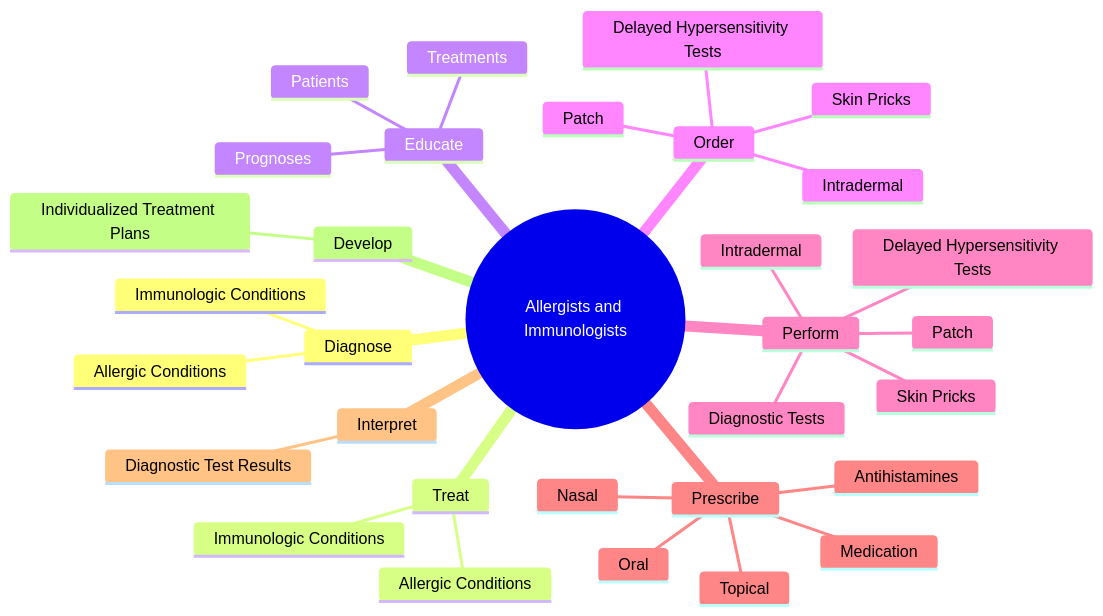
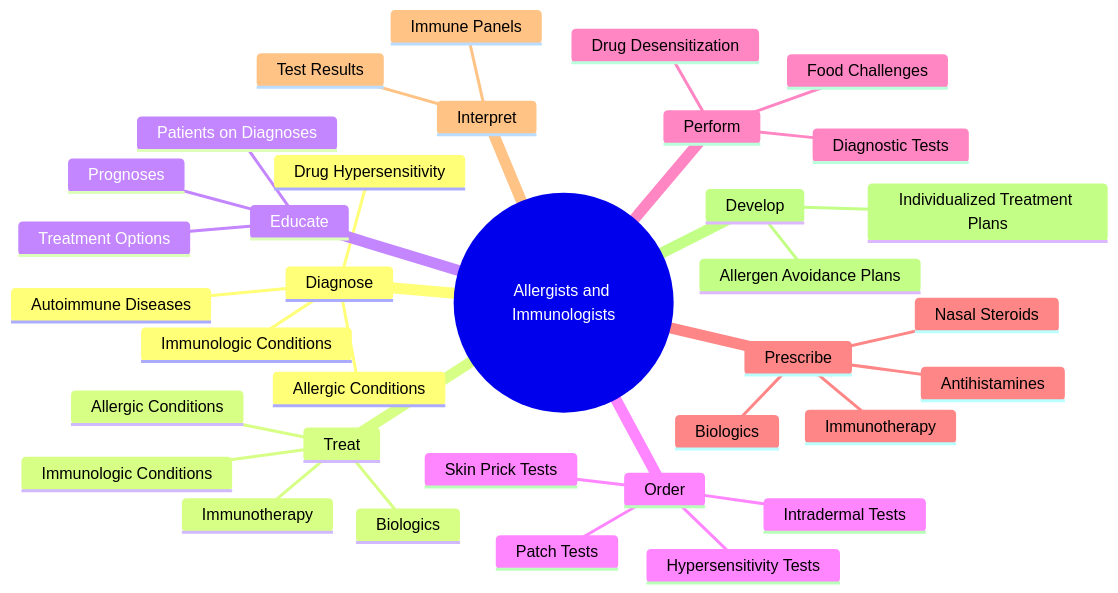
The second of 4 diagrams in occupations/HealthcarePractitioners/AllergistsAndImmunologists.mdx (kziemski/business.org.ai), drawn with Mermaid before and after one commit. The commit also changed other lines of this file and 938 other files, not shown here.

````diff
--- a/occupations/HealthcarePractitioners/AllergistsAndImmunologists.mdx
+++ b/occupations/HealthcarePractitioners/AllergistsAndImmunologists.mdx
@@ -38,35 +46,38 @@
 ```mermaid
 mindmap
     root(("Allergists and Immunologists"))
         Diagnose
             Allergic Conditions
             Immunologic Conditions
+            Autoimmune Diseases
+            Drug Hypersensitivity
         Treat
             Allergic Conditions
             Immunologic Conditions
+            Immunotherapy
+            Biologics
         Educate
-            Patients
+            Patients on Diagnoses
             Prognoses
-            Treatments
+            Treatment Options
         Order
-            Skin Pricks
-            Intradermal
-            Patch
-            Delayed Hypersensitivity Tests
+            Skin Prick Tests
+            Intradermal Tests
+            Patch Tests
+            Hypersensitivity Tests
         Perform
             Diagnostic Tests
-            Skin Pricks
-            Intradermal
-            Patch
-            Delayed Hypersensitivity Tests
+            Food Challenges
+            Drug Desensitization
         Prescribe
-            Medication
             Antihistamines
-            Nasal
-            Oral
-            Topical
+            Nasal Steroids
+            Biologics
+            Immunotherapy
         Interpret
-            Diagnostic Test Results
+            Test Results
+            Immune Panels
         Develop
             Individualized Treatment Plans
+            Allergen Avoidance Plans
 ```
````
